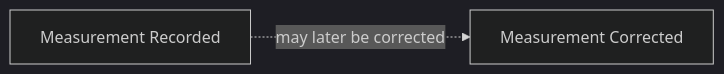
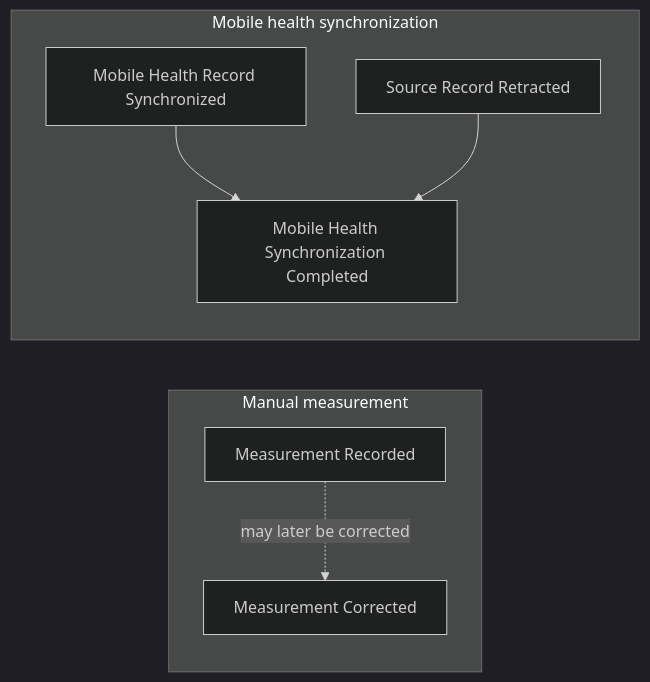
Before and after one commit to ragavsathish/medplum: the first of 4 diagrams in examples/medplum-health-tracking/src/contexts/health-tracking/EVENT_STORMING.md, drawn with Mermaid (dark theme). The commit also changed other lines of this file and 2 other files, not shown here.

Commit message:
docs: align health tracking design context

````diff
--- a/examples/medplum-health-tracking/src/contexts/health-tracking/EVENT_STORMING.md
+++ b/examples/medplum-health-tracking/src/contexts/health-tracking/EVENT_STORMING.md
@@ -19,7 +22,18 @@
 ```mermaid
 flowchart LR
-    Recorded["Measurement Recorded"]
-    Corrected["Measurement Corrected"]
+    subgraph Manual["Manual measurement"]
+        Recorded["Measurement Recorded"]
+        Corrected["Measurement Corrected"]
 
-    Recorded -. "may later be corrected" .-> Corrected
+        Recorded -. "may later be corrected" .-> Corrected
+    end
+
+    subgraph Mobile["Mobile health synchronization"]
+        Synchronized["Mobile Health Record Synchronized"]
+        Retracted["Source Record Retracted"]
+        Completed["Mobile Health Synchronization Completed"]
+
+        Synchronized --> Completed
+        Retracted --> Completed
+    end
 ```
````
